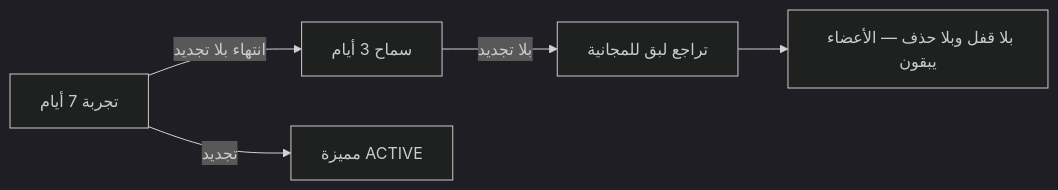
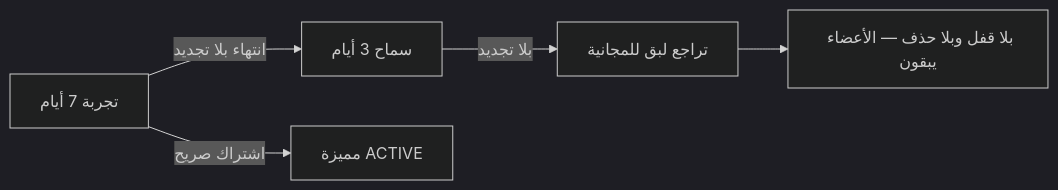
One commit to Bassam-mohammed-alqaeadi/family-os-v2 changed the fifth of 5 diagrams in docs/family-os/governance/phases/phase-1/S1-04-plans-and-subscriptions/SPEC.md. Above: the diagram before and after it, drawn with Mermaid (dark theme). The commit also changed other lines of this file and 32 other files, not shown here.

````diff
--- a/docs/family-os/governance/phases/phase-1/S1-04-plans-and-subscriptions/SPEC.md
+++ b/docs/family-os/governance/phases/phase-1/S1-04-plans-and-subscriptions/SPEC.md
@@ -121,7 +119,7 @@
 ```mermaid
 flowchart LR
     T[تجربة 7 أيام] -->|انتهاء بلا تجديد| G2[سماح 3 أيام]
     G2 -->|بلا تجديد| D2[تراجع لبق للمجانية]
     D2 --> N[بلا قفل وبلا حذف — الأعضاء يبقون]
-    T -->|تجديد| P[مميزة ACTIVE]
+    T -->|اشتراك صريح| P[مميزة ACTIVE]
 ```
````
